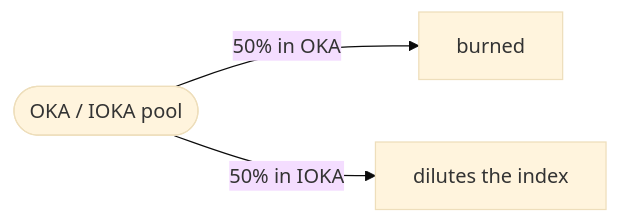
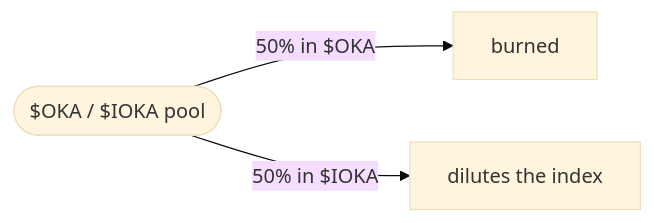
The second of 3 diagrams in concepts/tokens.mdx (8digitsLabs/docs), drawn with Mermaid (base theme) before and after one commit. The commit also changed other lines of this file, not shown here.

````diff
--- a/concepts/tokens.mdx
+++ b/concepts/tokens.mdx
@@ -72,5 +72,5 @@
 ```mermaid
 flowchart LR
-  P1(["OKA / IOKA pool"]) -->|"50% in OKA"| BURN["burned"]
-  P1 -->|"50% in IOKA"| DIL["dilutes the index"]
+  P1(["$OKA / $IOKA pool"]) -->|"50% in $OKA"| BURN["burned"]
+  P1 -->|"50% in $IOKA"| DIL["dilutes the index"]
 ```
````
